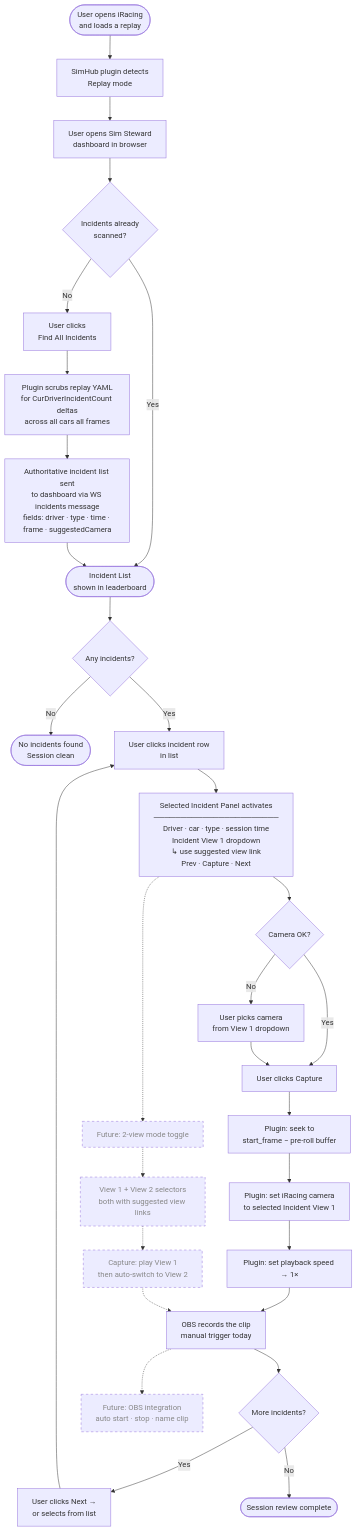
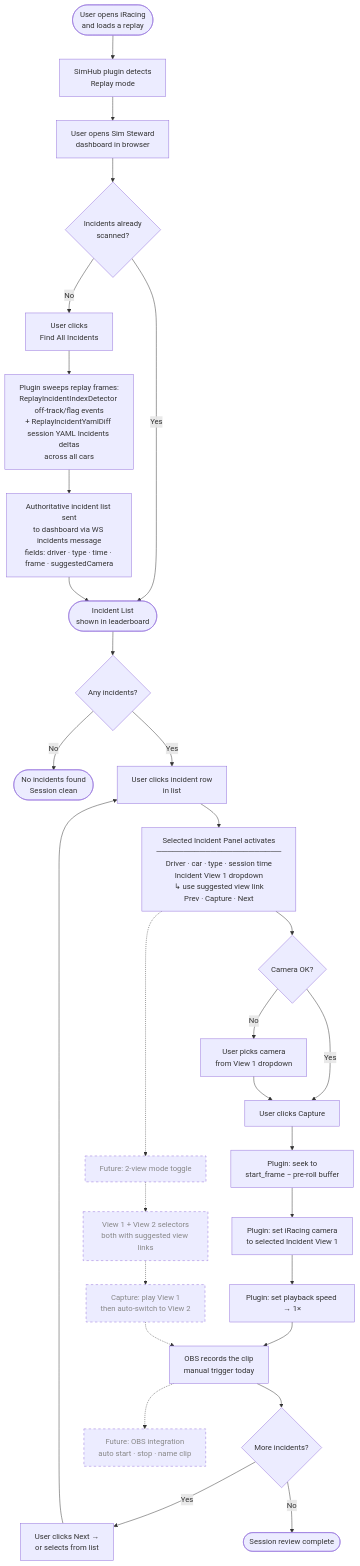
The diagram in docs/PRODUCT-FLOW.md (simsteward/simhub-plugin), drawn with Mermaid before and after one commit. The commit also changed 42 other files, not shown here.

````diff
--- a/docs/PRODUCT-FLOW.md
+++ b/docs/PRODUCT-FLOW.md
@@ -17,53 +17,53 @@
 ```mermaid
 flowchart TD
 
   %% ── Entry ─────────────────────────────────────────────────
   A([User opens iRacing\nand loads a replay]) --> B[SimHub plugin detects\nReplay mode]
   B --> C[User opens Sim Steward\ndashboard in browser]
   C --> D{Incidents already\nscanned?}
 
   D -- No --> E[User clicks\nFind All Incidents]
   D -- Yes --> L
 
   %% ── Scan ──────────────────────────────────────────────────
-  E --> F[Plugin scrubs replay YAML\nfor CurDriverIncidentCount deltas\nacross all cars all frames]
+  E --> F[Plugin sweeps replay frames:\nReplayIncidentIndexDetector off-track/flag events\n+ ReplayIncidentYamlDiff session YAML Incidents deltas\nacross all cars]
   F --> G[Authoritative incident list sent\nto dashboard via WS incidents message\nfields: driver · type · time · frame · suggestedCamera]
   G --> L
 
   %% ── Review queue ──────────────────────────────────────────
   L([Incident List\nshown in leaderboard]) --> M{Any incidents?}
   M -- No --> N([No incidents found\nSession clean])
   M -- Yes --> O[User clicks incident row\nin list]
 
   %% ── Selected Incident Panel ───────────────────────────────
   O --> P[Selected Incident Panel activates\n───────────────────────\nDriver · car · type · session time\nIncident View 1 dropdown\n↳ use suggested view link\nPrev · Capture · Next]
 
   P --> Q{Camera OK?}
   Q -- No  --> R[User picks camera\nfrom View 1 dropdown]
   Q -- Yes --> S
   R --> S
 
   %% ── Capture sequence ──────────────────────────────────────
   S[User clicks Capture] --> T[Plugin: seek to\nstart_frame − pre-roll buffer]
   T --> U[Plugin: set iRacing camera\nto selected Incident View 1]
   U --> V[Plugin: set playback speed → 1×]
   V --> W[OBS records the clip\nmanual trigger today]
   W --> X{More incidents?}
 
   X -- Yes --> Y[User clicks Next →\nor selects from list]
   Y --> O
   X -- No  --> Z([Session review complete])
 
   %% ── Dual-view future path ─────────────────────────────────
   P -.-> DV[Future: 2-view mode toggle]
   DV -.-> DV2[View 1 + View 2 selectors\nboth with suggested view links]
   DV2 -.-> DV3[Capture: play View 1\nthen auto-switch to View 2]
   DV3 -.-> W
 
   %% ── OBS future path ───────────────────────────────────────
   W -.-> OBS[Future: OBS integration\nauto start · stop · name clip]
 
   %% ── Styles ────────────────────────────────────────────────
   classDef future stroke-dasharray:5 5,color:#888
   class DV,DV2,DV3,OBS future
 ```
````
